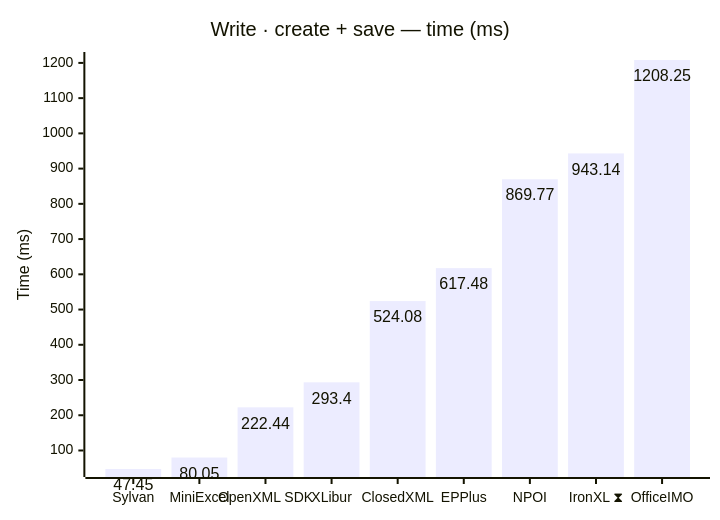
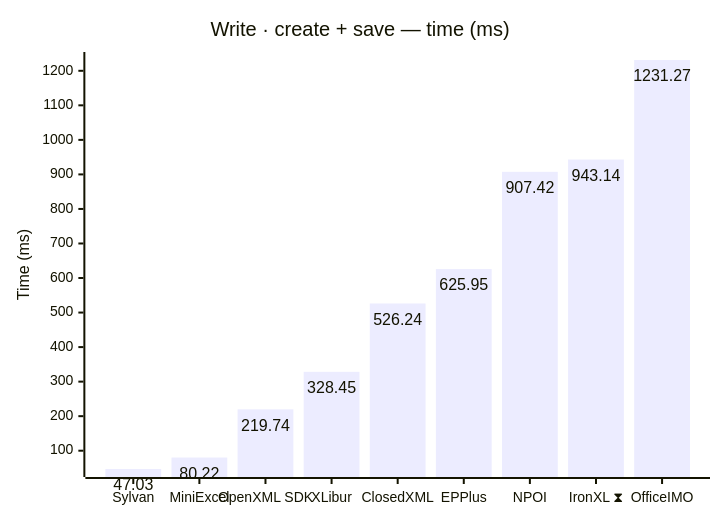
The fifth of 12 diagrams in docs/results-ci.md (jafin/XLBench), drawn with Mermaid before and after one commit. The commit also changed other lines of this file, not shown here.

````diff
--- a/docs/results-ci.md
+++ b/docs/results-ci.md
@@ -95,12 +95,12 @@
 ```mermaid
 ---
 config:
   xyChart:
     showDataLabel: true
 ---
 xychart-beta
     title "Write · create + save — time (ms)"
     x-axis ["Sylvan", "MiniExcel", "OpenXML SDK", "XLibur", "ClosedXML", "EPPlus", "NPOI", "IronXL ⧗", "OfficeIMO"]
     y-axis "Time (ms)"
-    bar [47.45, 80.05, 222.44, 293.4, 524.08, 617.48, 869.77, 943.14, 1208.25]
+    bar [47.03, 80.22, 219.74, 328.45, 526.24, 625.95, 907.42, 943.14, 1231.27]
 ```
````
